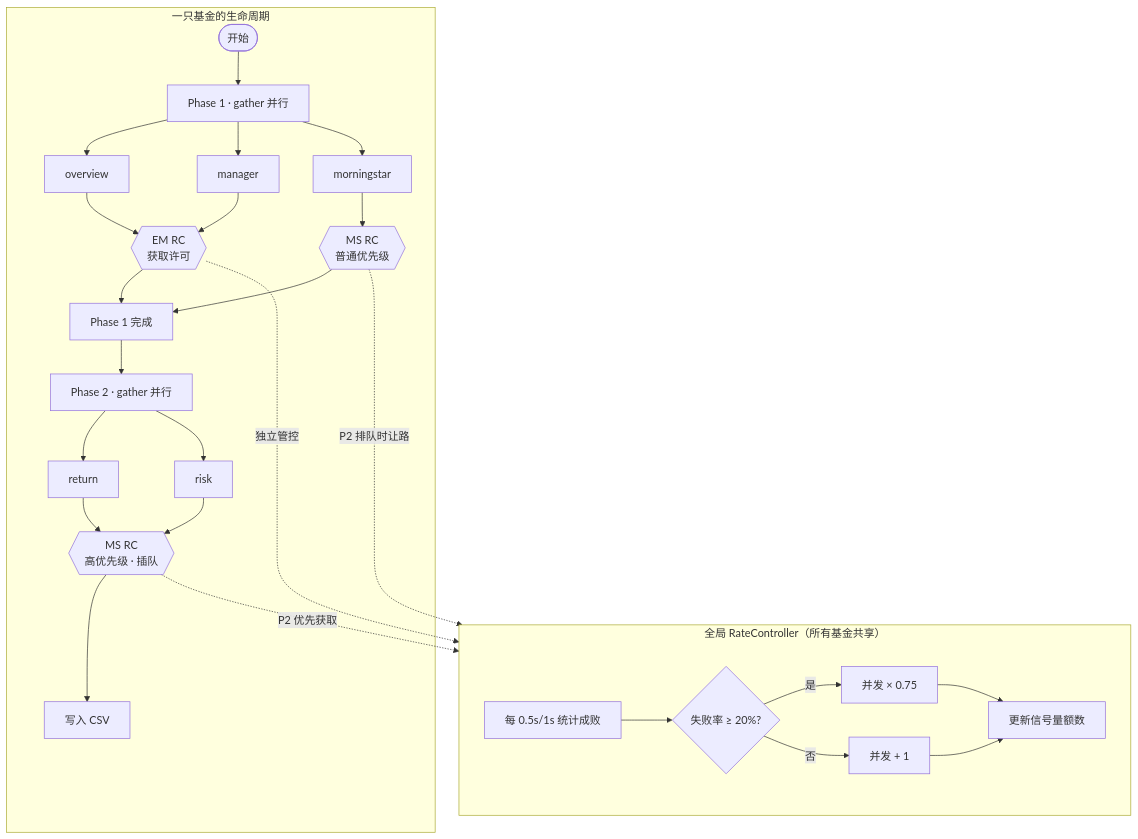
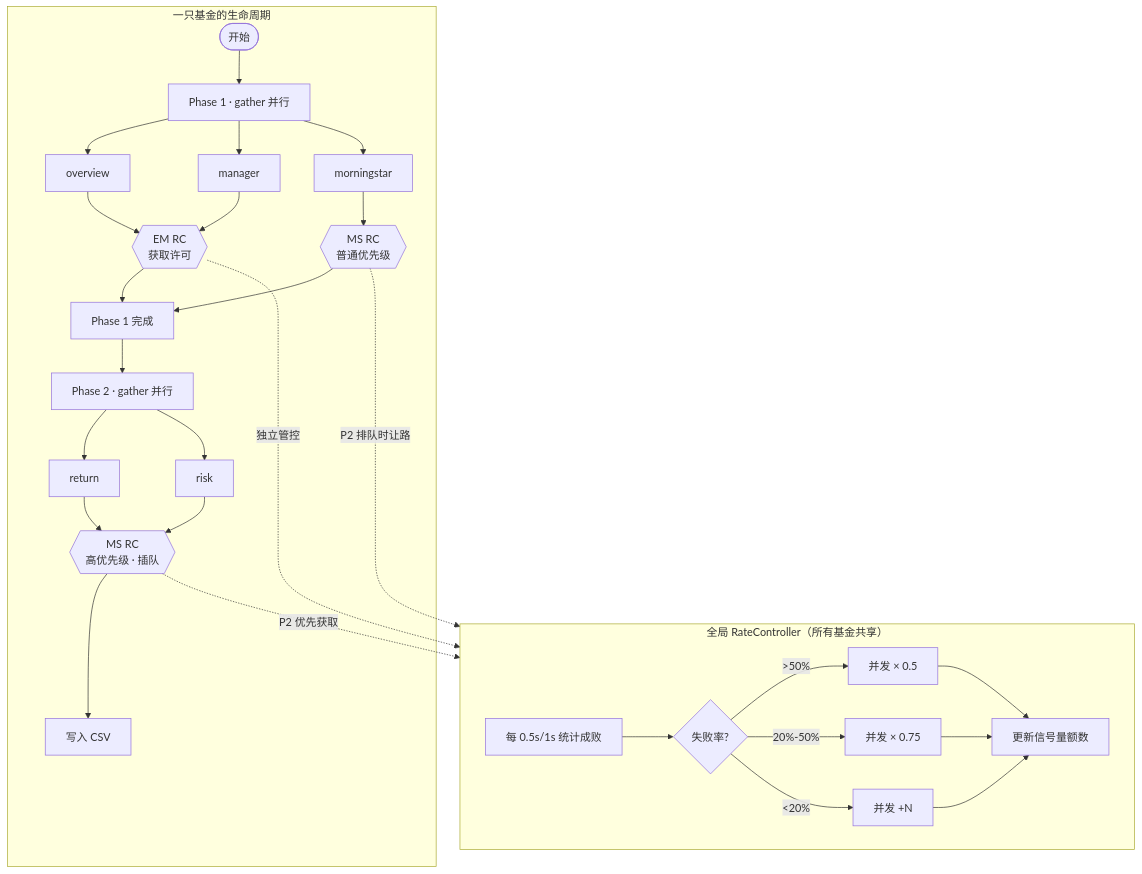
Before and after one commit to Jerry1014/FundCrawler: the second of 2 diagrams in README.md, drawn with Mermaid. The commit also changed other lines of this file and 1 other file, not shown here.

````diff
--- a/README.md
+++ b/README.md
@@ -77,29 +77,31 @@
 ```mermaid
 flowchart TB
     subgraph fund["一只基金的生命周期"]
         start([开始]) --> p1[Phase 1 · gather 并行]
         p1 --> ov[overview] & mg[manager] & ms[morningstar]
         ov --> em1{{EM RC<br/>获取许可}}
         mg --> em1
         ms --> ms1{{MS RC<br/>普通优先级}}
         em1 --> p1done[Phase 1 完成]
         ms1 --> p1done
         p1done --> p2[Phase 2 · gather 并行]
         p2 --> ret[return] & risk[risk]
         ret --> ms2{{MS RC<br/>高优先级 · 插队}}
         risk --> ms2
         ms2 --> write[写入 CSV]
     end
 
     subgraph rc["全局 RateController（所有基金共享）"]
-        loop["每 0.5s/1s 统计成败"] --> adj{失败率 ≥ 20%?}
-        adj -- 是 --> dec[并发 × 0.75]
-        adj -- 否 --> inc[并发 + 1]
-        dec --> limit[更新信号量额数]
+        loop["每 0.5s/1s 统计成败"] --> adj{失败率?}
+        adj -- ">50%" --> dec5[并发 × 0.5]
+        adj -- "20%-50%" --> dec75[并发 × 0.75]
+        adj -- "<20%" --> inc[并发 +N]
+        dec5 --> limit[更新信号量额数]
+        dec75 --> limit
         inc --> limit
     end
 
     ms2 -.->|P2 优先获取| rc
     ms1 -.->|P2 排队时让路| rc
     em1 -.->|独立管控| rc
 ```
````
